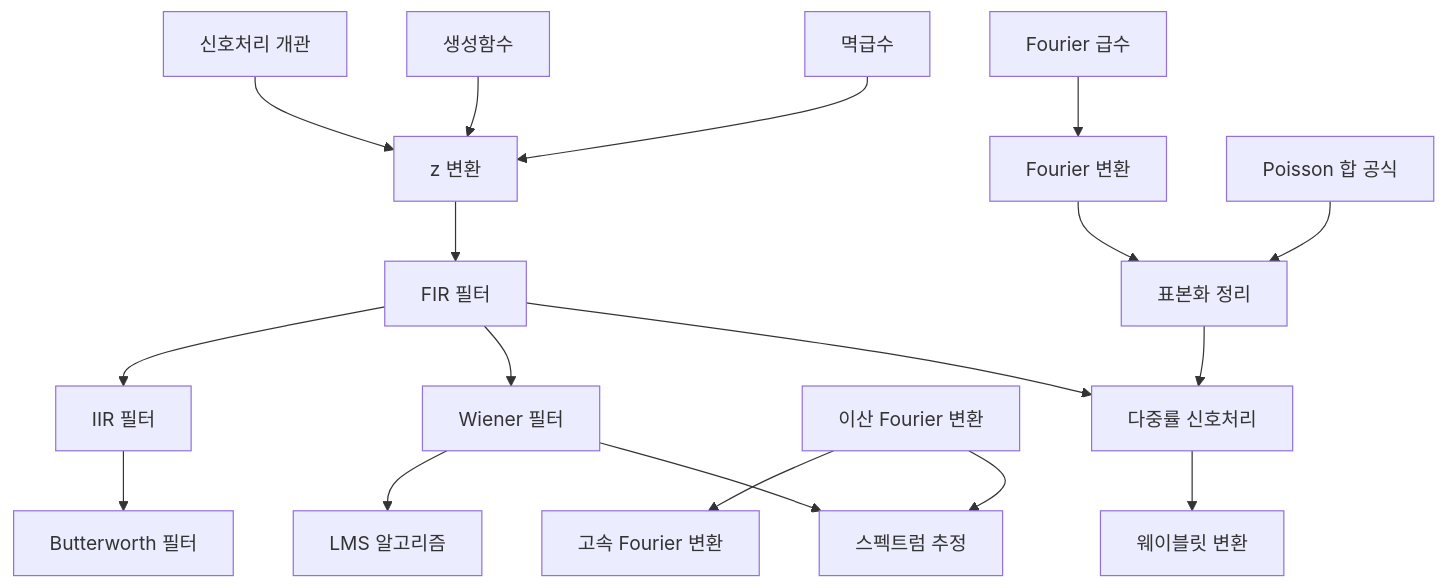
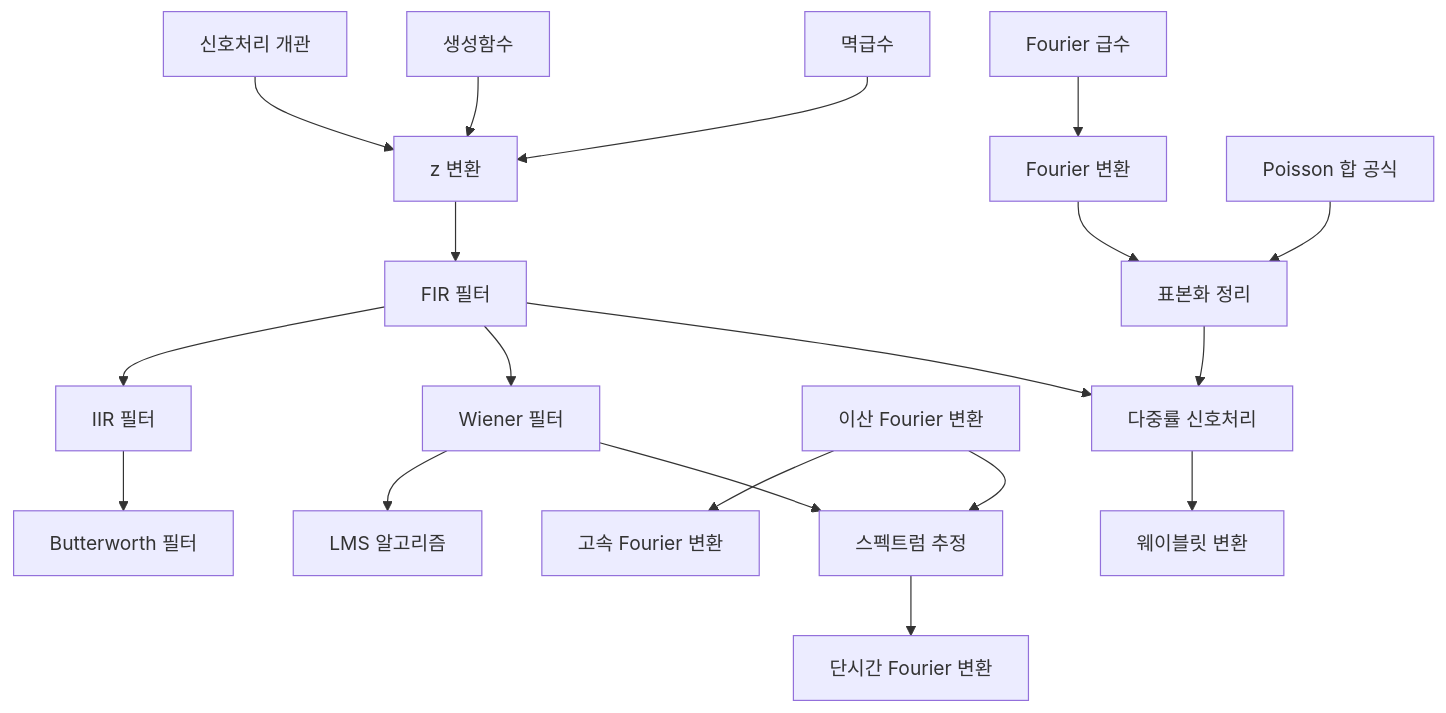
One commit to Phryxia/math-map changed the diagram in docs/signal-processing-overview.md. Above: the diagram before and after it, drawn with Mermaid. The commit also changed other lines of this file and 5 other files, not shown here.

````diff
--- a/docs/signal-processing-overview.md
+++ b/docs/signal-processing-overview.md
@@ -13,20 +13,21 @@
 ```mermaid
 graph TD
   SPO["신호처리 개관"] --> ZT["z 변환"]
   GF["생성함수"] --> ZT
   PS["멱급수"] --> ZT
   ZT --> FIR["FIR 필터"]
   FIR --> IIR["IIR 필터"]
   IIR --> BW["Butterworth 필터"]
   FIR --> WF["Wiener 필터"]
   WF --> LMS["LMS 알고리즘"]
   FS["Fourier 급수"] --> FT["Fourier 변환"]
   FT --> ST["표본화 정리"]
   PSF["Poisson 합 공식"] --> ST
   DFT["이산 Fourier 변환"] --> FFT["고속 Fourier 변환"]
   DFT --> SE["스펙트럼 추정"]
   WF --> SE
+  SE --> STFT["단시간 Fourier 변환"]
   ST --> MR["다중률 신호처리"]
   FIR --> MR
   MR --> WT["웨이블릿 변환"]
 ```
````
